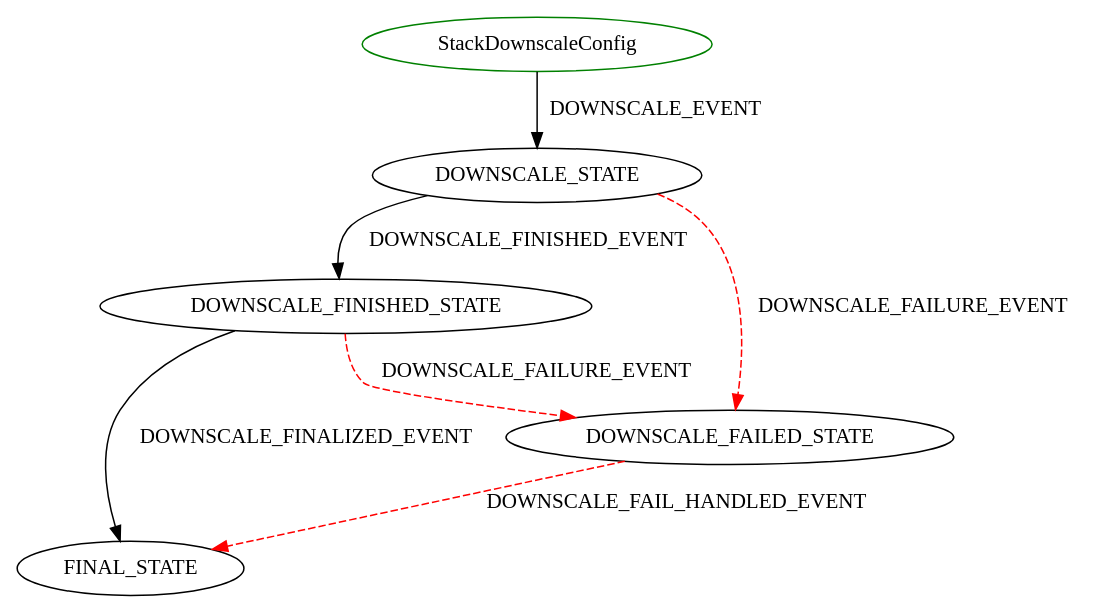
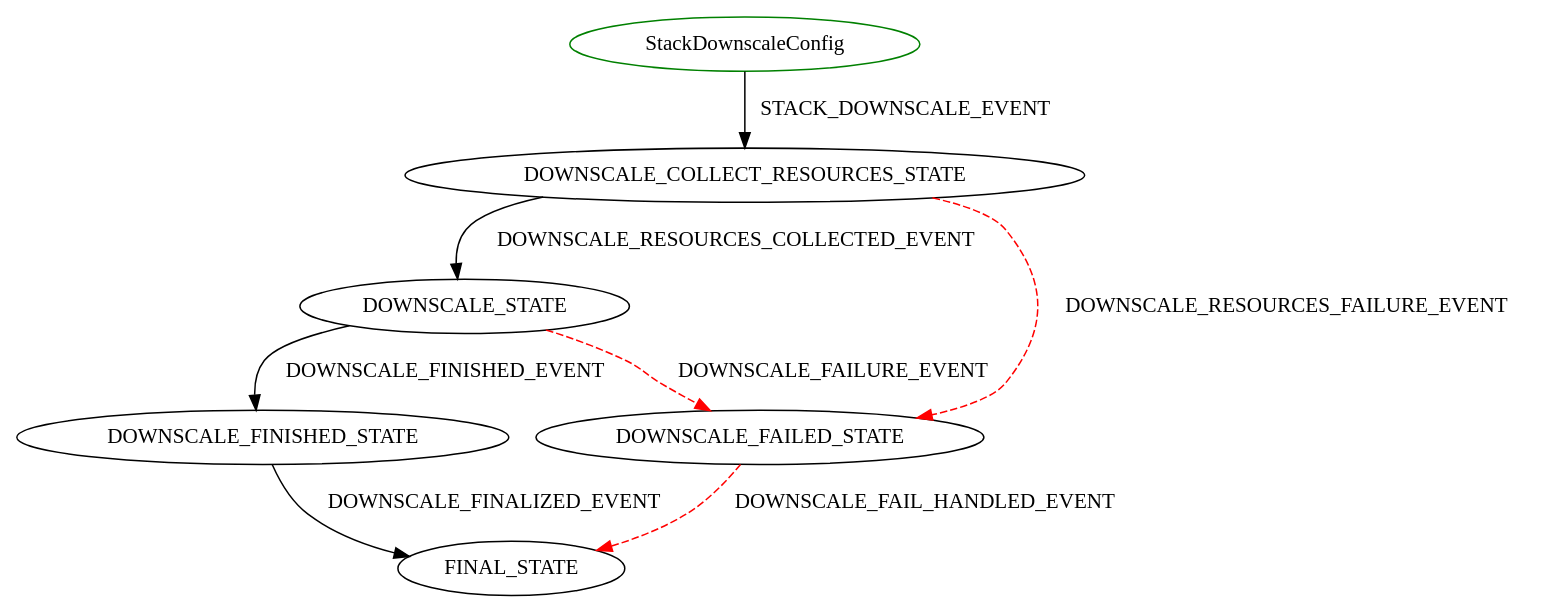
The diagram in latest/diagrams/StackDownscaleConfig.dot (sequenceiq/cloudbreak-docs), drawn with Graphviz before and after one commit. The commit also changed 44 other files, not shown here.

```diff
--- a/latest/diagrams/StackDownscaleConfig.dot
+++ b/latest/diagrams/StackDownscaleConfig.dot
@@ -1,9 +1,10 @@
 digraph {
 INIT_STATE [label="StackDownscaleConfig" shape=ellipse color=green];
-INIT_STATE -> DOWNSCALE_STATE [label="DOWNSCALE_EVENT" color=black style=solid];
+INIT_STATE -> DOWNSCALE_COLLECT_RESOURCES_STATE [label="STACK_DOWNSCALE_EVENT" color=black style=solid];
+DOWNSCALE_COLLECT_RESOURCES_STATE -> DOWNSCALE_STATE [label="DOWNSCALE_RESOURCES_COLLECTED_EVENT" color=black style=solid];
+DOWNSCALE_COLLECT_RESOURCES_STATE -> DOWNSCALE_FAILED_STATE [label="DOWNSCALE_RESOURCES_FAILURE_EVENT" color=red style=dashed];
+DOWNSCALE_FAILED_STATE -> FINAL_STATE [label="DOWNSCALE_FAIL_HANDLED_EVENT" color=red style=dashed];
 DOWNSCALE_STATE -> DOWNSCALE_FINISHED_STATE [label="DOWNSCALE_FINISHED_EVENT" color=black style=solid];
 DOWNSCALE_STATE -> DOWNSCALE_FAILED_STATE [label="DOWNSCALE_FAILURE_EVENT" color=red style=dashed];
-DOWNSCALE_FAILED_STATE -> FINAL_STATE [label="DOWNSCALE_FAIL_HANDLED_EVENT" color=red style=dashed];
 DOWNSCALE_FINISHED_STATE -> FINAL_STATE [label="DOWNSCALE_FINALIZED_EVENT" color=black style=solid];
-DOWNSCALE_FINISHED_STATE -> DOWNSCALE_FAILED_STATE [label="DOWNSCALE_FAILURE_EVENT" color=red style=dashed];
 }
```
